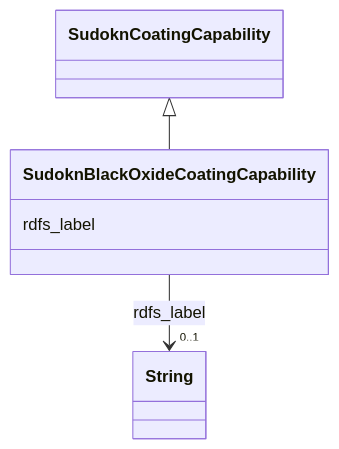
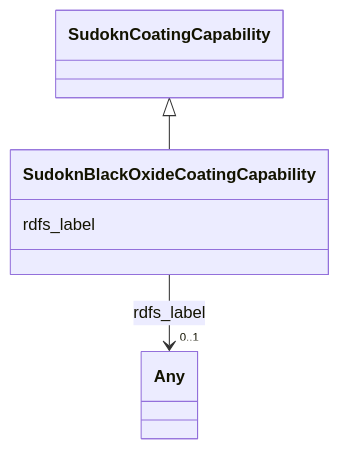
The diagram in sudokn-kg/classes/SudoknBlackOxideCoatingCapability.md (frink-okn/graph-descriptions), drawn with Mermaid before and after one commit. The commit also changed other lines of this file and 903 other files, not shown here.

````diff
--- a/sudokn-kg/classes/SudoknBlackOxideCoatingCapability.md
+++ b/sudokn-kg/classes/SudoknBlackOxideCoatingCapability.md
@@ -23,18 +18,18 @@
 ```mermaid
  classDiagram
     class SudoknBlackOxideCoatingCapability
     click SudoknBlackOxideCoatingCapability href "../SudoknBlackOxideCoatingCapability"
       SudoknCoatingCapability <|-- SudoknBlackOxideCoatingCapability
         click SudoknCoatingCapability href "../SudoknCoatingCapability"
       
       SudoknBlackOxideCoatingCapability : rdfs_label
         
           
     
     
-    SudoknBlackOxideCoatingCapability --> "0..1" String : rdfs_label
-    click String href "../String"
+    SudoknBlackOxideCoatingCapability --> "0..1" Any : rdfs_label
+    click Any href "../Any"
 
         
       
 ```
````
